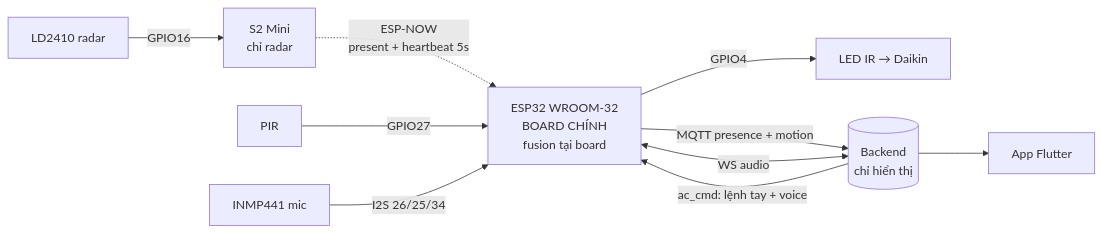
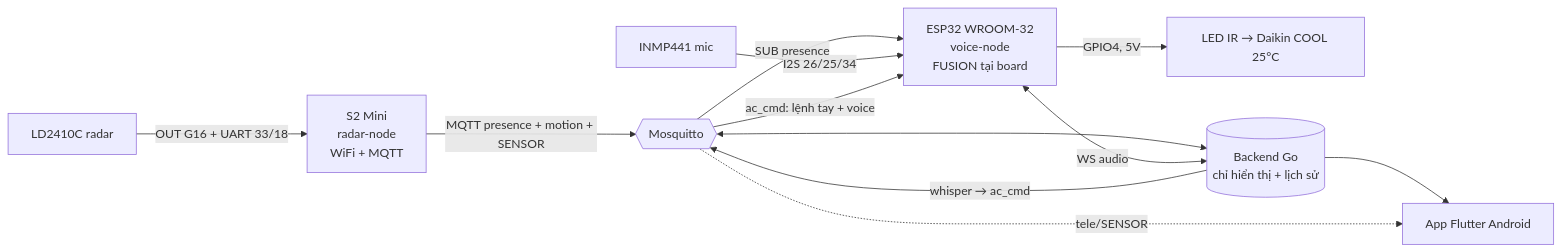
The diagram in docs/system-wiring.md (khanhhung149/smartbedv3), drawn with Mermaid before and after one commit. The commit also changed other lines of this file and 5 other files, not shown here.

````diff
--- a/docs/system-wiring.md
+++ b/docs/system-wiring.md
@@ -86,12 +143,14 @@
 ```mermaid
 flowchart LR
-    R[LD2410 radar] -->|GPIO16| S2[S2 Mini<br/>chỉ radar]
-    S2 -.->|ESP-NOW<br/>present + heartbeat 5s| W
-    P[PIR] -->|GPIO27| W[ESP32 WROOM-32<br/>BOARD CHÍNH<br/>fusion tại board]
+    R[LD2410C radar] -->|OUT G16 + UART 33/18| S2[S2 Mini<br/>radar-node<br/>WiFi + MQTT]
+    S2 -->|MQTT presence + motion + SENSOR| BR{{Mosquitto}}
+    BR -->|SUB presence| W[ESP32 WROOM-32<br/>voice-node<br/>FUSION tại board]
     M[INMP441 mic] -->|I2S 26/25/34| W
-    W -->|GPIO4| IR[LED IR → Daikin]
-    W -->|MQTT presence + motion| B[(Backend<br/>chỉ hiển thị)]
+    W -->|GPIO4, 5V| IR[LED IR → Daikin COOL 25°C]
+    BR <--> B[(Backend Go<br/>chỉ hiển thị + lịch sử)]
     W <-->|WS audio| B
-    B -->|ac_cmd: lệnh tay + voice| W
-    B --> A[App Flutter]
+    B -->|whisper → ac_cmd| BR
+    BR -->|ac_cmd: lệnh tay + voice| W
+    B --> A[App Flutter Android]
+    BR -.->|tele/SENSOR| A
 ```
````
